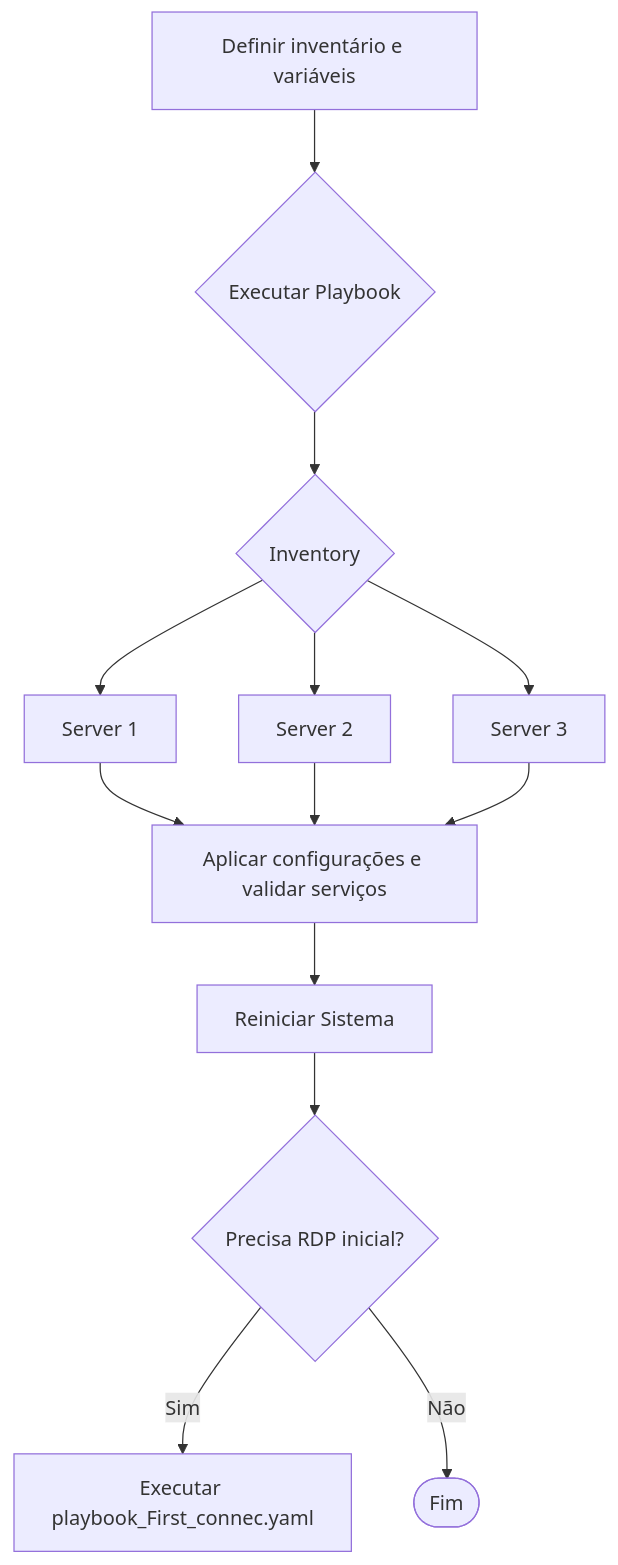
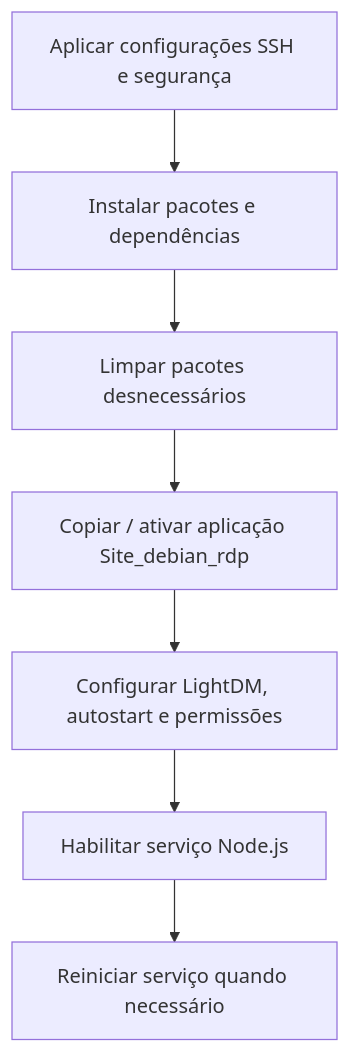
One commit to Theo-Panella/Project_AOC changed the diagram in README.md. Above: the diagram before and after it, drawn with Mermaid. The commit also changed other lines of this file, not shown here.

Commit message:
Revise README with new project details and flow
Updated project description and flowchart steps.

````diff
--- a/README.md
+++ b/README.md
@@ -35,17 +35,9 @@
 ```mermaid
 flowchart TD
-    A["Definir inventário e variáveis"]
-    A --> B{"Executar Playbook"}
-    B --> C{"Inventory"}
-    C --> D[Server 1]
-    C --> E[Server 2]
-    C --> F[Server 3]
-    
-    D --> G["Aplicar configurações e validar serviços"]
-    E --> G["Aplicar configurações e validar serviços"]
-    F --> G["Aplicar configurações e validar serviços"]
-    G --> H["Reiniciar Sistema"]
-    H --> I{"Precisa RDP inicial?"}
-    I -->|Sim| J["Executar playbook_First_connec.yaml"]
-    I -->|Não| K(["Fim"])
+    A[Aplicar configurações SSH e segurança] --> B[Instalar pacotes e dependências]
+    B --> C[Limpar pacotes desnecessários]
+    C --> D[Copiar / ativar aplicação Site_debian_rdp]
+    D --> E[Configurar LightDM, autostart e permissões]
+    E --> F[Habilitar serviço Node.js]
+    F --> G[Reiniciar serviço quando necessário]
 ```
````
